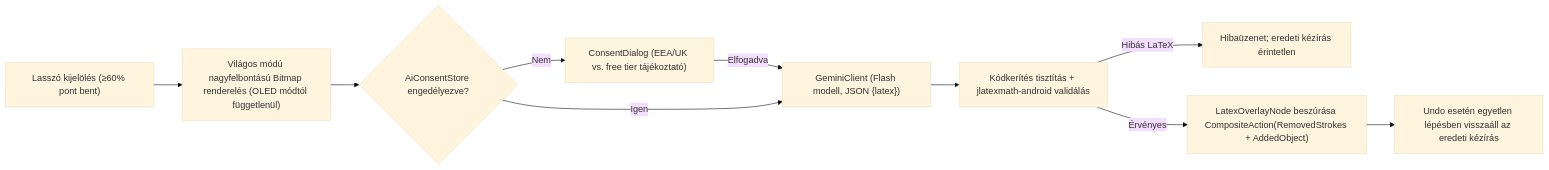
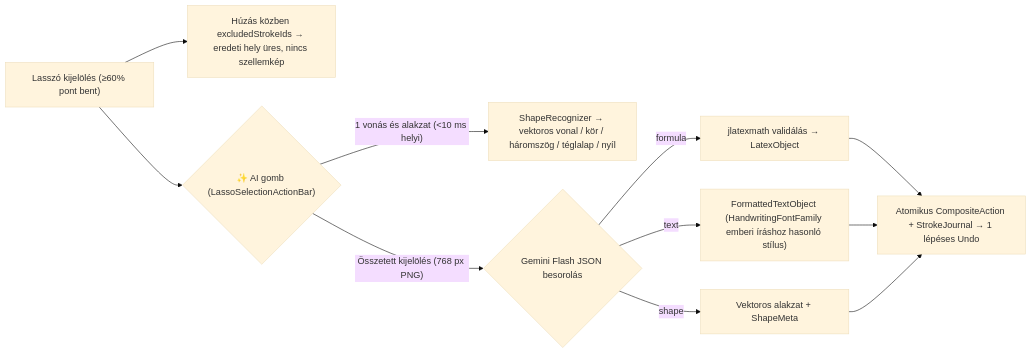
Before and after one commit to Fruktoz0/Stylusnote: the second of 6 diagrams in docs/user_journeys.md, drawn with Mermaid (base theme). The commit also changed other lines of this file and 38 other files, not shown here.

````diff
--- a/docs/user_journeys.md
+++ b/docs/user_journeys.md
@@ -41,12 +41,11 @@
 ```mermaid
 flowchart LR
-    A["Lasszó kijelölés (≥60% pont bent)"] --> B["Világos módú nagyfelbontású Bitmap renderelés (OLED módtól függetlenül)"]
-    B --> C{"AiConsentStore engedélyezve?"}
-    C -- Nem --> D["ConsentDialog (EEA/UK vs. free tier tájékoztató)"]
-    D -- Elfogadva --> E
-    C -- Igen --> E["GeminiClient (Flash modell, JSON {latex})"]
-    E --> F["Kódkerítés tisztítás + jlatexmath-android validálás"]
-    F -- Hibás LaTeX --> G["Hibaüzenet; eredeti kézírás érintetlen"]
-    F -- Érvényes --> H["LatexOverlayNode beszúrása CompositeAction(RemovedStrokes + AddedObject)"]
-    H --> I["Undo esetén egyetlen lépésben visszaáll az eredeti kézírás"]
+    A["Lasszó kijelölés (≥60% pont bent)"] --> M["Húzás közben excludedStrokeIds → eredeti hely üres, nincs szellemkép"]
+    A --> AI{"✨ AI gomb (LassoSelectionActionBar)"}
+    AI -- 1 vonás és alakzat (<10 ms helyi) --> SH["ShapeRecognizer → vektoros vonal / kör / háromszög / téglalap / nyíl"]
+    AI -- Összetett kijelölés (768 px PNG) --> G{"Gemini Flash JSON besorolás"}
+    G -- formula --> L["jlatexmath validálás → LatexObject"]
+    G -- text --> T["FormattedTextObject (HandwritingFontFamily emberi íráshoz hasonló stílus)"]
+    G -- shape --> SH2["Vektoros alakzat + ShapeMeta"]
+    L & T & SH2 --> U["Atomikus CompositeAction + StrokeJournal → 1 lépéses Undo"]
 ```
````
